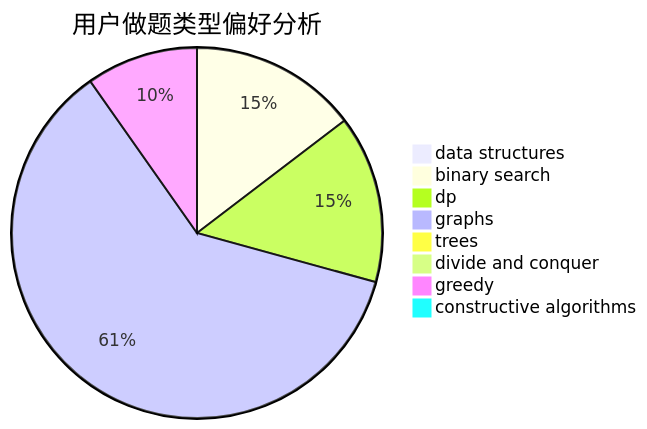
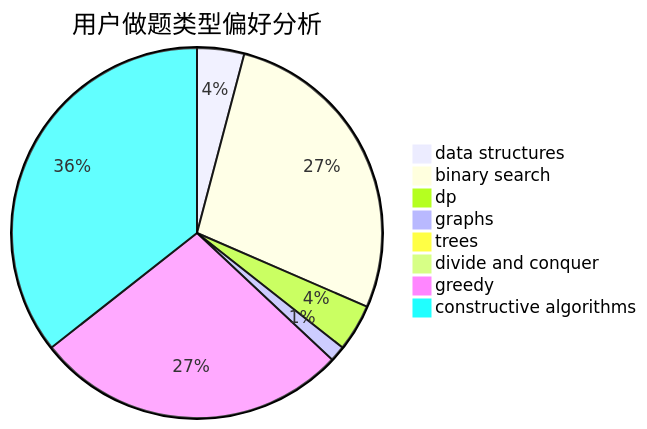
One commit to sherpahu/cfrs.github.io changed the second of 3 diagrams in docs/user/u1370.md. Above: the diagram before and after it, drawn with Mermaid. The commit also changed other lines of this file and 2770 other files, not shown here.

````diff
--- a/docs/user/u1370.md
+++ b/docs/user/u1370.md
@@ -23,11 +23,11 @@
 ```mermaid
 pie title 用户做题类型偏好分析
-    "data structures" :  0
-    "binary search" :  6
-    "dp" :  6
-    "graphs" :  25
+    "data structures" :  3
+    "binary search" :  20
+    "dp" :  3
+    "graphs" :  1
     "trees" :  0
     "divide and conquer" :  0
-    "greedy" :  4
-    "constructive algorithms" :  0
+    "greedy" :  20
+    "constructive algorithms" :  26
 ```
````
